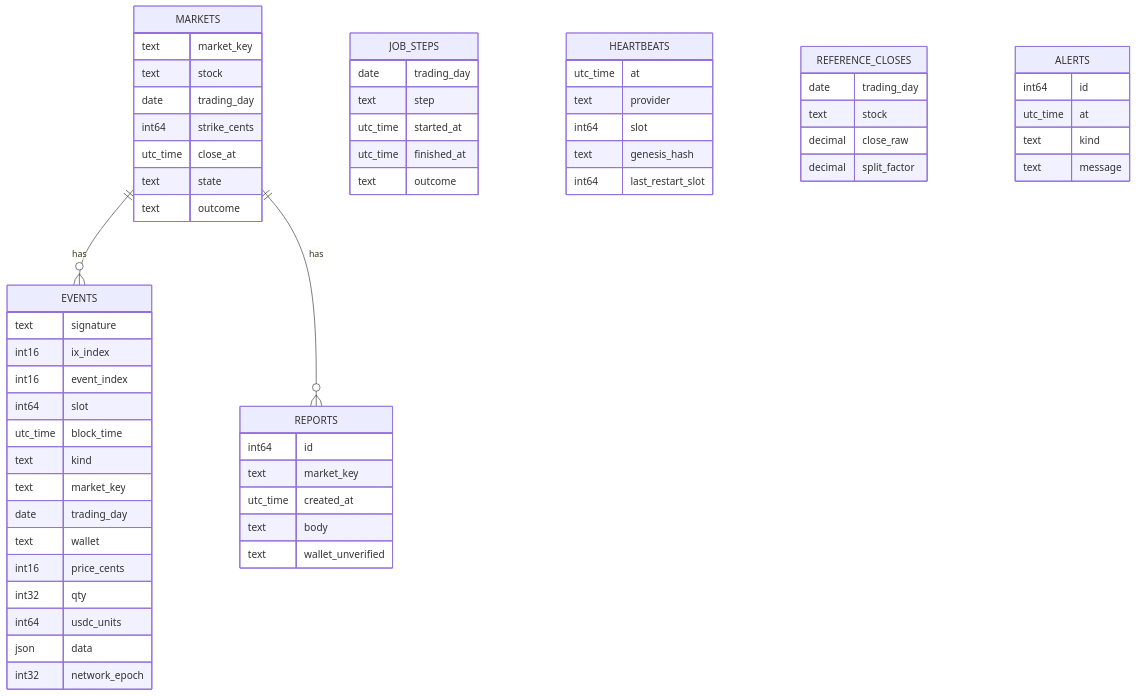
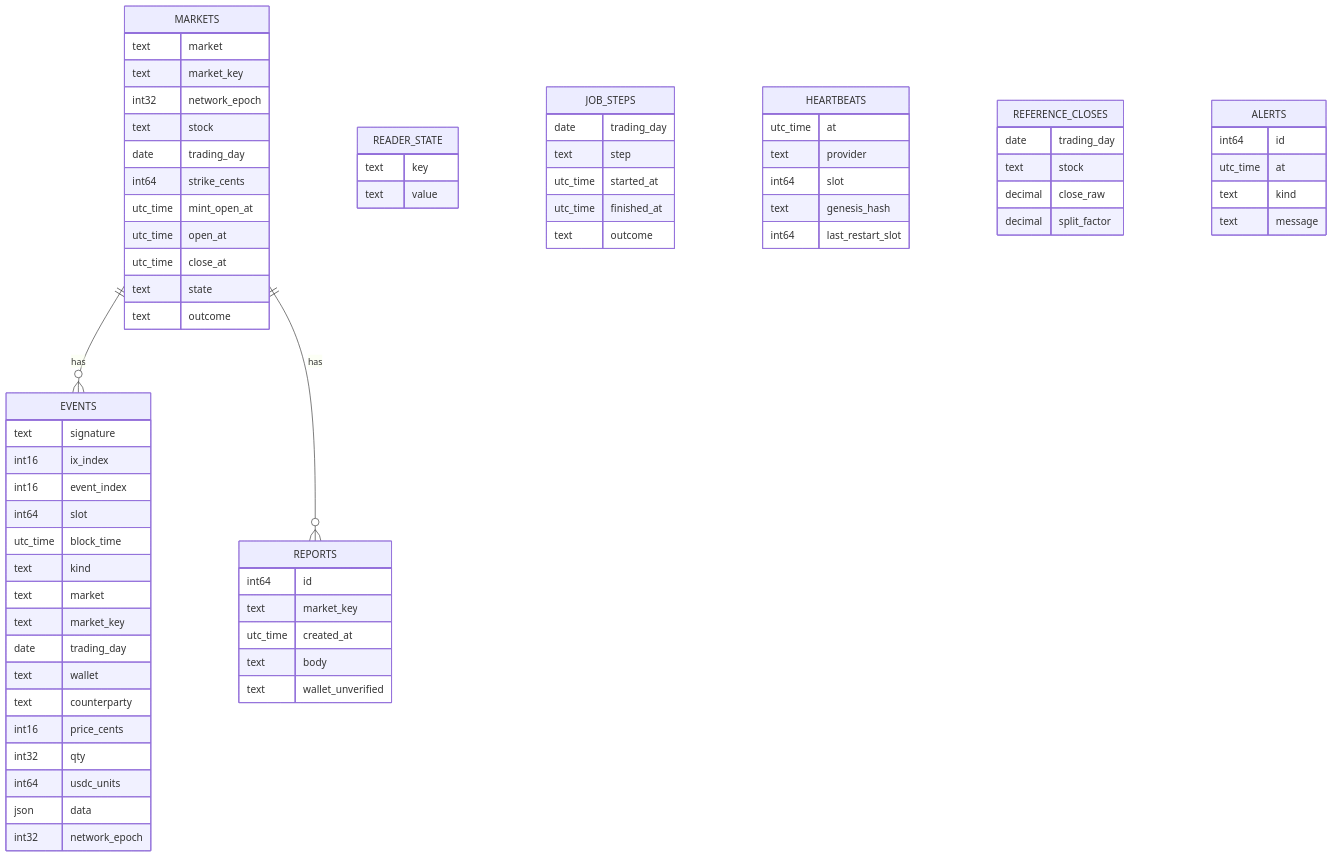
One commit to joshuatagoe/binary-stock-outcome changed the sixth of 9 diagrams in docs/ARCHITECTURE.md. Above: the diagram before and after it, drawn with Mermaid. The commit also changed other lines of this file and 26 other files, not shown here.

````diff
--- a/docs/ARCHITECTURE.md
+++ b/docs/ARCHITECTURE.md
@@ -626,63 +626,73 @@
 ```mermaid
 erDiagram
   EVENTS {
     text signature
     int16 ix_index
     int16 event_index
     int64 slot
     utc_time block_time
     text kind
+    text market
     text market_key
     date trading_day
     text wallet
+    text counterparty
     int16 price_cents
     int32 qty
     int64 usdc_units
     json data
     int32 network_epoch
   }
   MARKETS {
+    text market
     text market_key
+    int32 network_epoch
     text stock
     date trading_day
     int64 strike_cents
+    utc_time mint_open_at
+    utc_time open_at
     utc_time close_at
     text state
     text outcome
+  }
+  READER_STATE {
+    text key
+    text value
   }
   JOB_STEPS {
     date trading_day
     text step
     utc_time started_at
     utc_time finished_at
     text outcome
   }
   HEARTBEATS {
     utc_time at
     text provider
     int64 slot
     text genesis_hash
     int64 last_restart_slot
   }
   REFERENCE_CLOSES {
     date trading_day
     text stock
     decimal close_raw
     decimal split_factor
   }
   REPORTS {
     int64 id
     text market_key
     utc_time created_at
     text body
     text wallet_unverified
   }
   ALERTS {
     int64 id
     utc_time at
     text kind
     text message
   }
   MARKETS ||--o{ EVENTS : "has"
   MARKETS ||--o{ REPORTS : "has"
 ```
````
